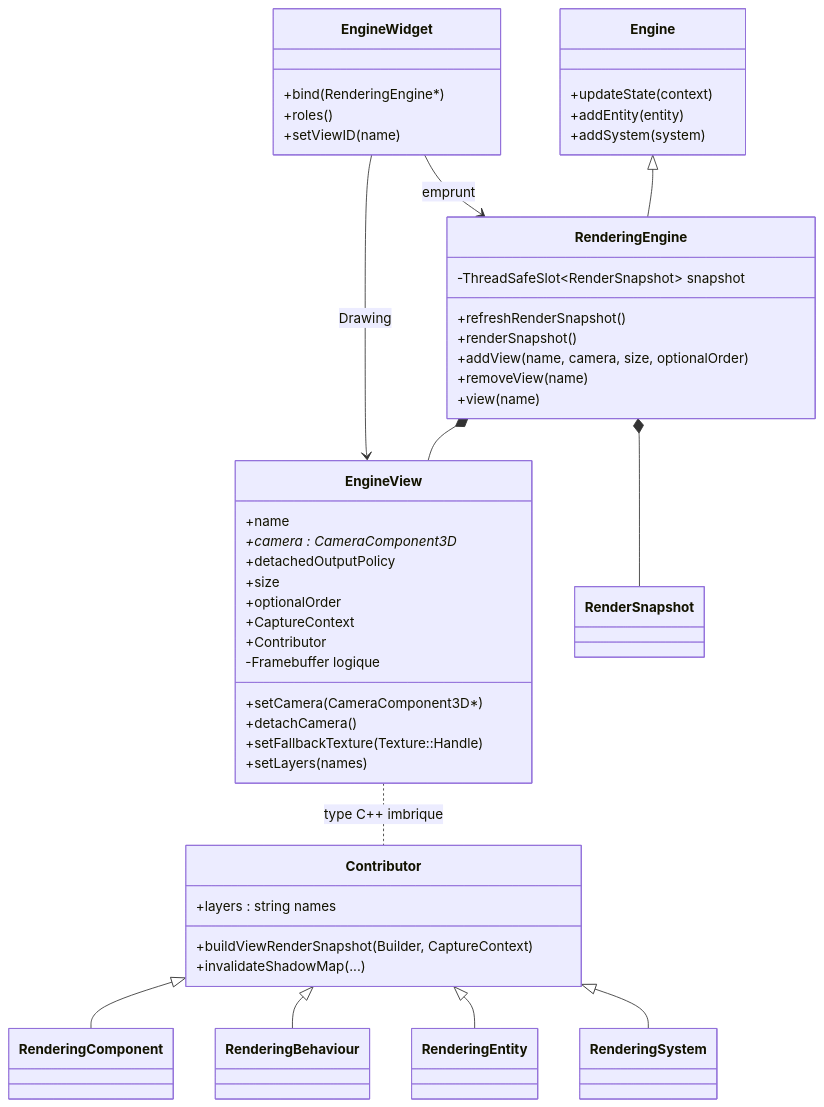
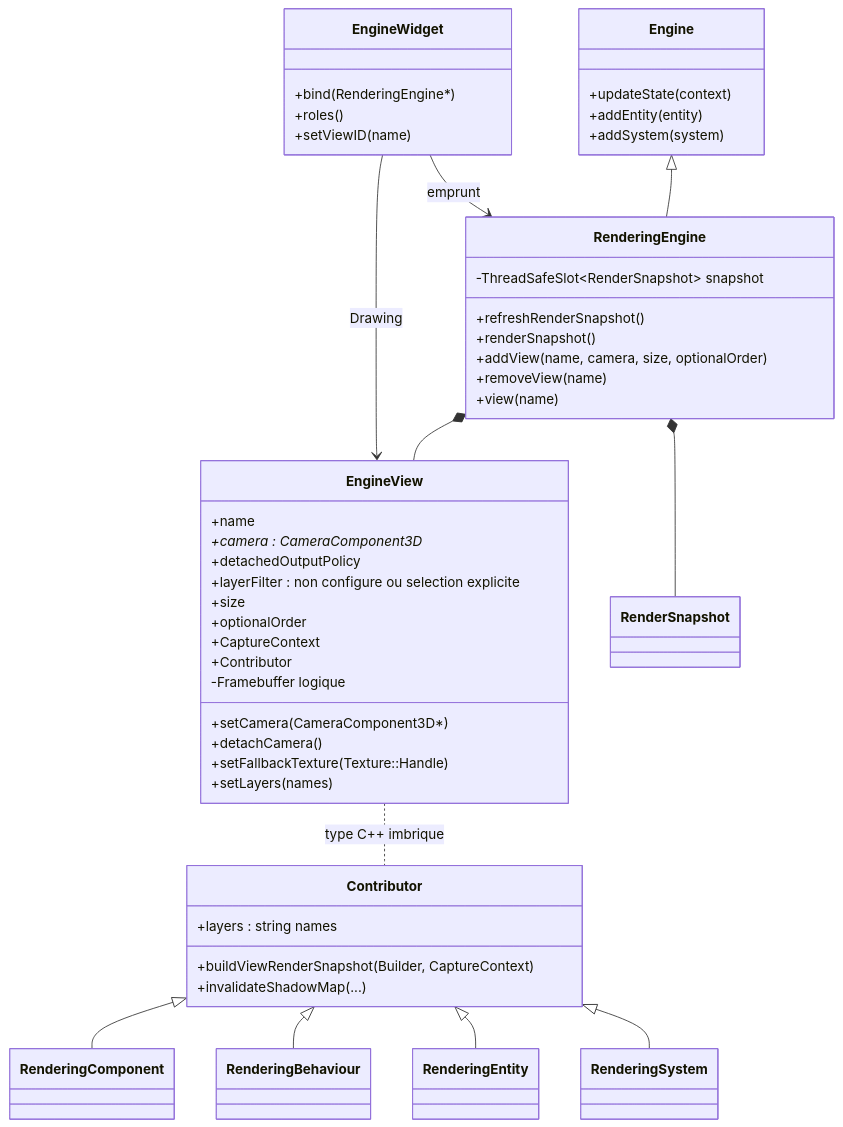
One commit to EreliaStudio/Sparkle changed the sixth of 13 diagrams in docs/voxel-engine-v0.1.4-specification.md. Above: the diagram before and after it, drawn with Mermaid. The commit also changed other lines of this file, not shown here.

Commit message:
docs(v0.1.4): distinguish unconfigured layer filter from empty selection; layerless objects restricted

````diff
--- a/docs/voxel-engine-v0.1.4-specification.md
+++ b/docs/voxel-engine-v0.1.4-specification.md
@@ -590,54 +590,55 @@
 ```mermaid
 classDiagram
   class Engine {
     +updateState(context)
     +addEntity(entity)
     +addSystem(system)
   }
   class RenderingEngine {
     +refreshRenderSnapshot()
     +renderSnapshot()
     +addView(name, camera, size, optionalOrder)
     +removeView(name)
     +view(name)
     -ThreadSafeSlot~RenderSnapshot~ snapshot
   }
   class EngineView {
     +name
     +camera : CameraComponent3D*
     +setCamera(CameraComponent3D*)
     +detachCamera()
     +detachedOutputPolicy
     +setFallbackTexture(Texture::Handle)
     +setLayers(names)
+    +layerFilter : non configure ou selection explicite
     +size
     +optionalOrder
     +CaptureContext
     +Contributor
     -Framebuffer logique
   }
   class Contributor {
     +layers : string names
     +buildViewRenderSnapshot(Builder, CaptureContext)
     +invalidateShadowMap(...)
   }
   class RenderingComponent
   class RenderingBehaviour
   class RenderingEntity
   class RenderingSystem
   class EngineWidget {
     +bind(RenderingEngine*)
     +roles()
     +setViewID(name)
   }
   Engine <|-- RenderingEngine
   RenderingEngine *-- EngineView
   RenderingEngine *-- RenderSnapshot
   EngineView .. Contributor : type C++ imbrique
   Contributor <|-- RenderingComponent
   Contributor <|-- RenderingBehaviour
   Contributor <|-- RenderingEntity
   Contributor <|-- RenderingSystem
   EngineWidget --> RenderingEngine : emprunt
   EngineWidget --> EngineView : Drawing
 ```
````
